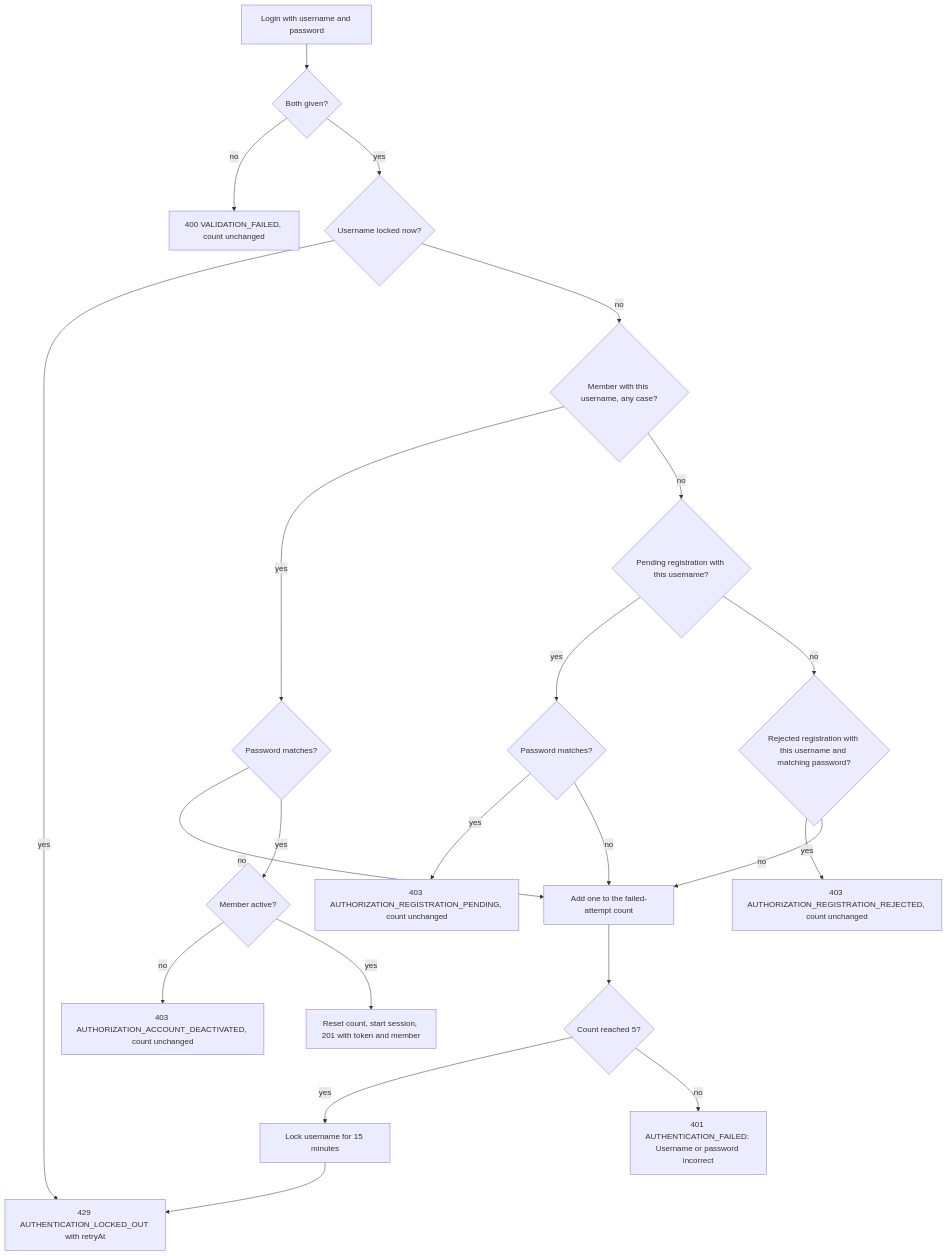
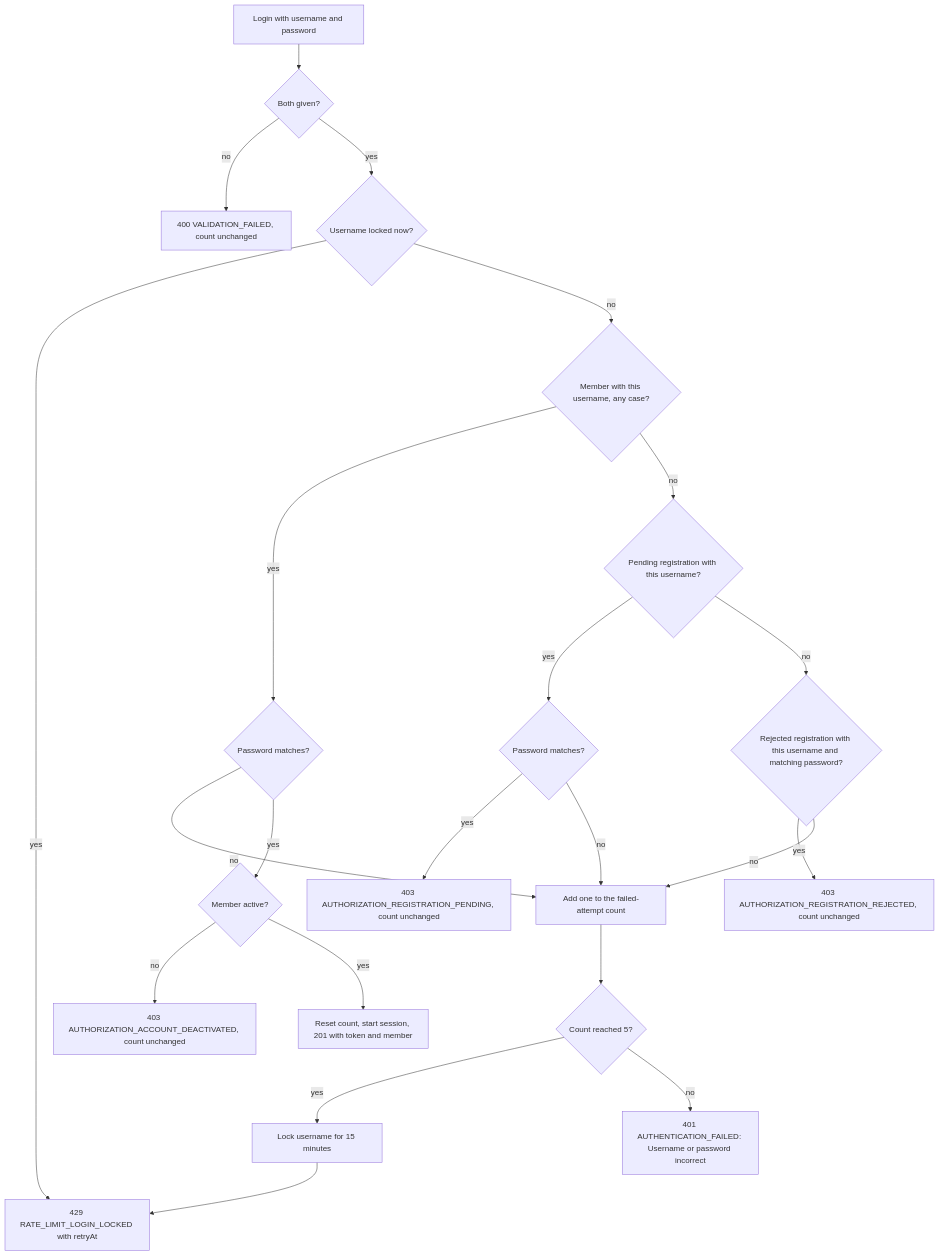
The diagram in specs/family/UC-003-log-in/flow.mermaid (NexiosIT/chore-tracker), drawn with Mermaid before and after one commit. The commit also changed 27 other files, not shown here.

```diff
--- a/specs/family/UC-003-log-in/flow.mermaid
+++ b/specs/family/UC-003-log-in/flow.mermaid
@@ -1,21 +1,21 @@
 flowchart TD
     A[Login with username and password] --> V{Both given?}
     V -- no --> E400[400 VALIDATION_FAILED, count unchanged]
     V -- yes --> L{Username locked now?}
-    L -- yes --> E429[429 AUTHENTICATION_LOCKED_OUT with retryAt]
+    L -- yes --> E429[429 RATE_LIMIT_LOGIN_LOCKED with retryAt]
     L -- no --> M{Member with this username, any case?}
     M -- yes --> MP{Password matches?}
     MP -- no --> F[Add one to the failed-attempt count]
     MP -- yes --> MS{Member active?}
     MS -- no --> E403D[403 AUTHORIZATION_ACCOUNT_DEACTIVATED, count unchanged]
     MS -- yes --> OK[Reset count, start session, 201 with token and member]
     M -- no --> P{Pending registration with this username?}
     P -- yes --> PP{Password matches?}
     PP -- yes --> E403P[403 AUTHORIZATION_REGISTRATION_PENDING, count unchanged]
     PP -- no --> F
     P -- no --> R{Rejected registration with this username and matching password?}
     R -- yes --> E403R[403 AUTHORIZATION_REGISTRATION_REJECTED, count unchanged]
     R -- no --> F
     F --> C{Count reached 5?}
     C -- yes --> LOCK[Lock username for 15 minutes] --> E429
     C -- no --> E401[401 AUTHENTICATION_FAILED: Username or password incorrect]
```
